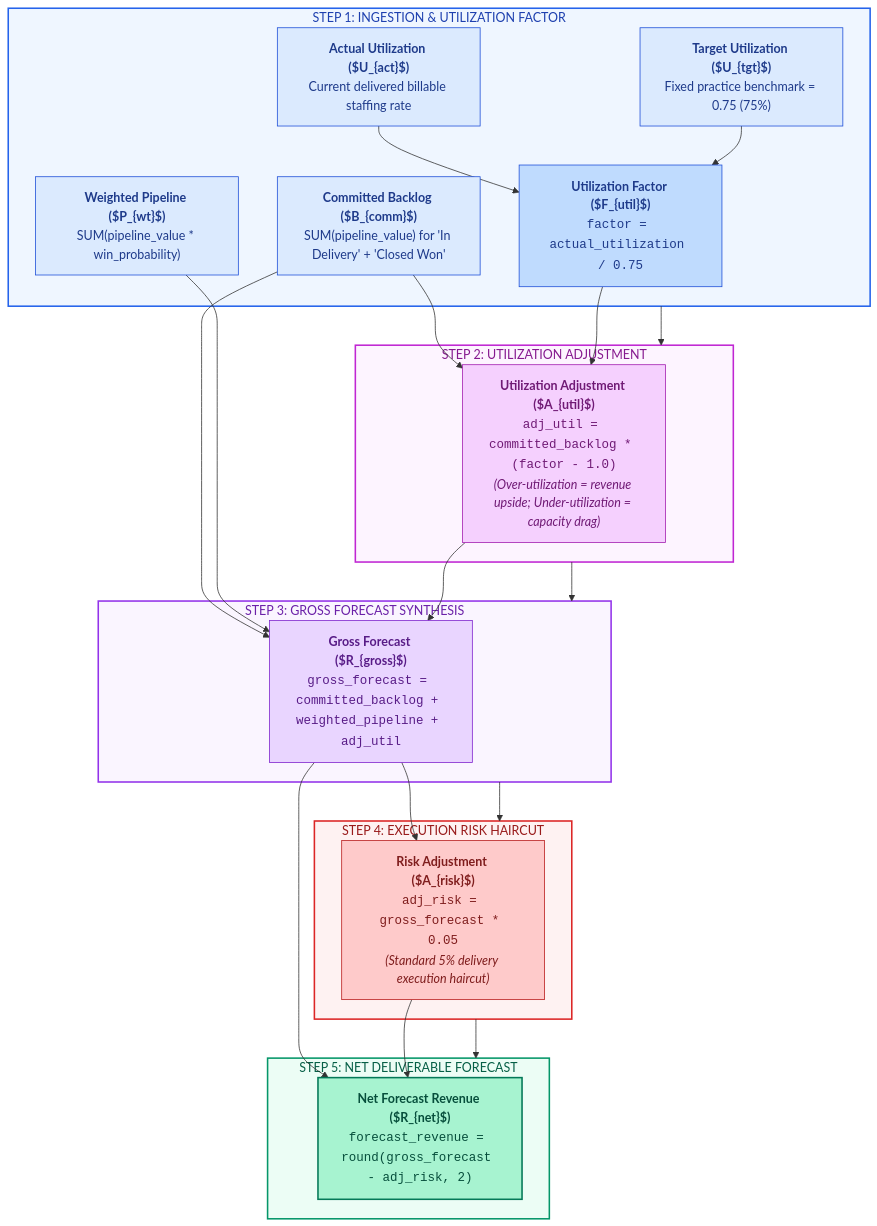
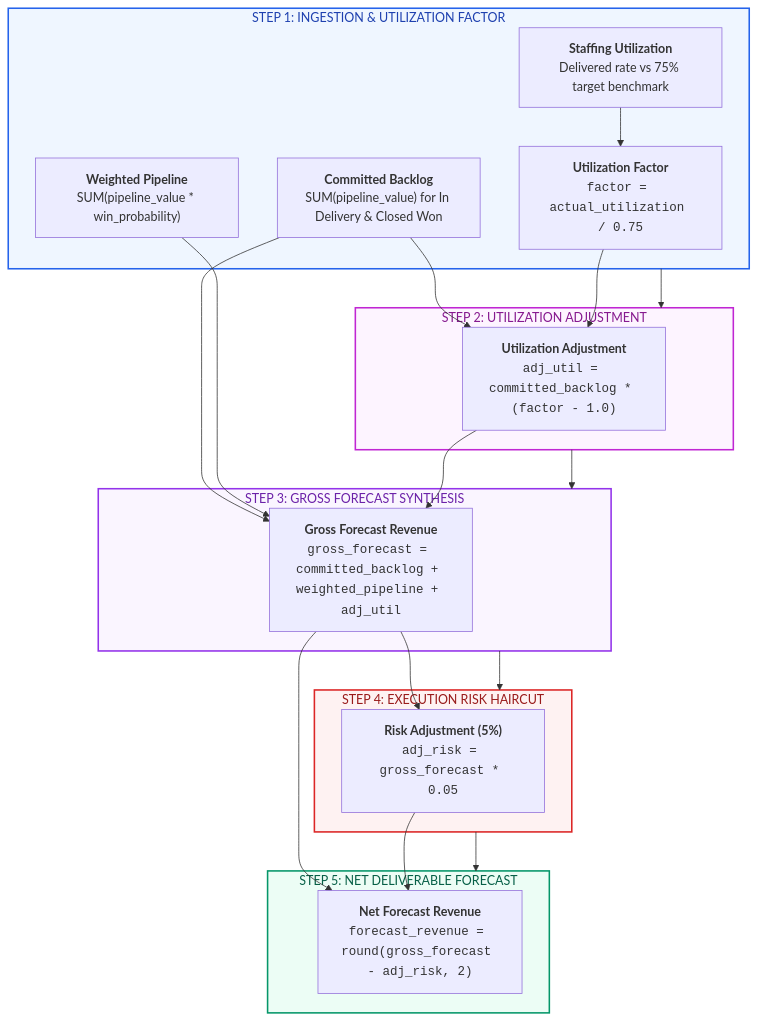
Before and after one commit to VED-VIVEK-TALMALEY/x-fin: the third of 8 diagrams in README.md, drawn with Mermaid. The commit also changed other lines of this file and 6 other files, not shown here.

````diff
--- a/README.md
+++ b/README.md
@@ -188,51 +145,38 @@
 ```mermaid
 flowchart TD
     subgraph ST1["STEP 1: INGESTION & UTILIZATION FACTOR"]
-        I_CB["<b>Committed Backlog ($B_{comm}$)</b><br/>SUM(pipeline_value) for 'In Delivery' + 'Closed Won'"]
-        I_WP["<b>Weighted Pipeline ($P_{wt}$)</b><br/>SUM(pipeline_value * win_probability)"]
-        I_UT["<b>Actual Utilization ($U_{act}$)</b><br/>Current delivered billable staffing rate"]
-        I_TU["<b>Target Utilization ($U_{tgt}$)</b><br/>Fixed practice benchmark = 0.75 (75%)"]
-
-        F_FAC["<b>Utilization Factor ($F_{util}$)</b><br/><code>factor = actual_utilization / 0.75</code>"]
-        I_UT & I_TU --> F_FAC
+        I_CB["<b>Committed Backlog</b><br/>SUM(pipeline_value) for In Delivery & Closed Won"]
+        I_WP["<b>Weighted Pipeline</b><br/>SUM(pipeline_value * win_probability)"]
+        I_UT["<b>Staffing Utilization</b><br/>Delivered rate vs 75% target benchmark"]
+        F_FAC["<b>Utilization Factor</b><br/><code>factor = actual_utilization / 0.75</code>"]
+        I_UT --> F_FAC
     end
 
     subgraph ST2["STEP 2: UTILIZATION ADJUSTMENT"]
-        F_ADJ["<b>Utilization Adjustment ($A_{util}$)</b><br/><code>adj_util = committed_backlog * (factor - 1.0)</code><br/><i>(Over-utilization = revenue upside; Under-utilization = capacity drag)</i>"]
+        F_ADJ["<b>Utilization Adjustment</b><br/><code>adj_util = committed_backlog * (factor - 1.0)</code>"]
         I_CB & F_FAC --> F_ADJ
     end
 
     subgraph ST3["STEP 3: GROSS FORECAST SYNTHESIS"]
-        F_GROSS["<b>Gross Forecast ($R_{gross}$)</b><br/><code>gross_forecast = committed_backlog + weighted_pipeline + adj_util</code>"]
+        F_GROSS["<b>Gross Forecast Revenue</b><br/><code>gross_forecast = committed_backlog + weighted_pipeline + adj_util</code>"]
         I_CB & I_WP & F_ADJ --> F_GROSS
     end
 
     subgraph ST4["STEP 4: EXECUTION RISK HAIRCUT"]
-        F_RISK["<b>Risk Adjustment ($A_{risk}$)</b><br/><code>adj_risk = gross_forecast * 0.05</code><br/><i>(Standard 5% delivery execution haircut)</i>"]
+        F_RISK["<b>Risk Adjustment (5%)</b><br/><code>adj_risk = gross_forecast * 0.05</code>"]
         F_GROSS --> F_RISK
     end
 
     subgraph ST5["STEP 5: NET DELIVERABLE FORECAST"]
-        F_NET["<b>Net Forecast Revenue ($R_{net}$)</b><br/><code>forecast_revenue = round(gross_forecast - adj_risk, 2)</code>"]
+        F_NET["<b>Net Forecast Revenue</b><br/><code>forecast_revenue = round(gross_forecast - adj_risk, 2)</code>"]
         F_GROSS & F_RISK --> F_NET
     end
 
     ST1 --> ST2 --> ST3 --> ST4 --> ST5
 
     style ST1 fill:#EFF6FF,stroke:#2563EB,stroke-width:2px,color:#1E40AF
     style ST2 fill:#FDF4FF,stroke:#C026D3,stroke-width:2px,color:#86198F
     style ST3 fill:#FAF5FF,stroke:#9333EA,stroke-width:2px,color:#6B21A8
     style ST4 fill:#FEF2F2,stroke:#DC2626,stroke-width:2px,color:#991B1B
     style ST5 fill:#ECFDF5,stroke:#059669,stroke-width:2px,color:#065F46
-
-    style I_CB fill:#DBEAFE,stroke:#1D4ED8,stroke-width:1px,color:#1E3A8A
-    style I_WP fill:#DBEAFE,stroke:#1D4ED8,stroke-width:1px,color:#1E3A8A
-    style I_UT fill:#DBEAFE,stroke:#1D4ED8,stroke-width:1px,color:#1E3A8A
-    style I_TU fill:#DBEAFE,stroke:#1D4ED8,stroke-width:1px,color:#1E3A8A
-    style F_FAC fill:#BFDBFE,stroke:#1D4ED8,stroke-width:1px,color:#1E3A8A
-
-    style F_ADJ fill:#F5D0FE,stroke:#A21CAF,stroke-width:1px,color:#701A75
-    style F_GROSS fill:#E9D5FF,stroke:#7E22CE,stroke-width:1px,color:#581C87
-    style F_RISK fill:#FECACA,stroke:#B91C1C,stroke-width:1px,color:#7F1D1D
-    style F_NET fill:#A7F3D0,stroke:#047857,stroke-width:2px,color:#064E3B
 ```
````
